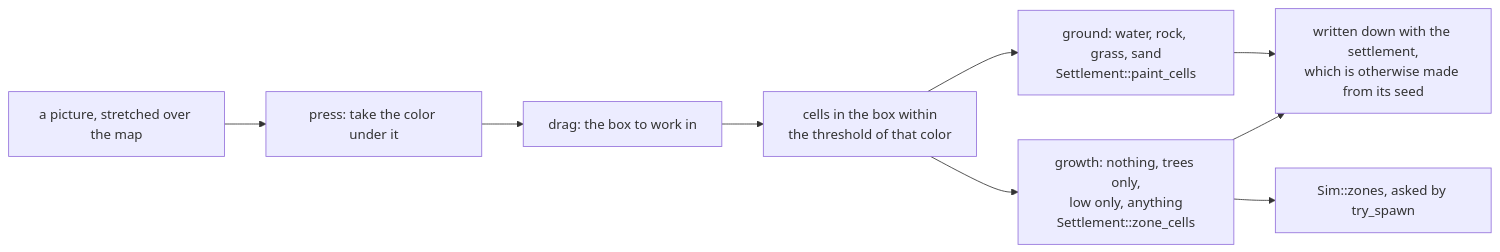
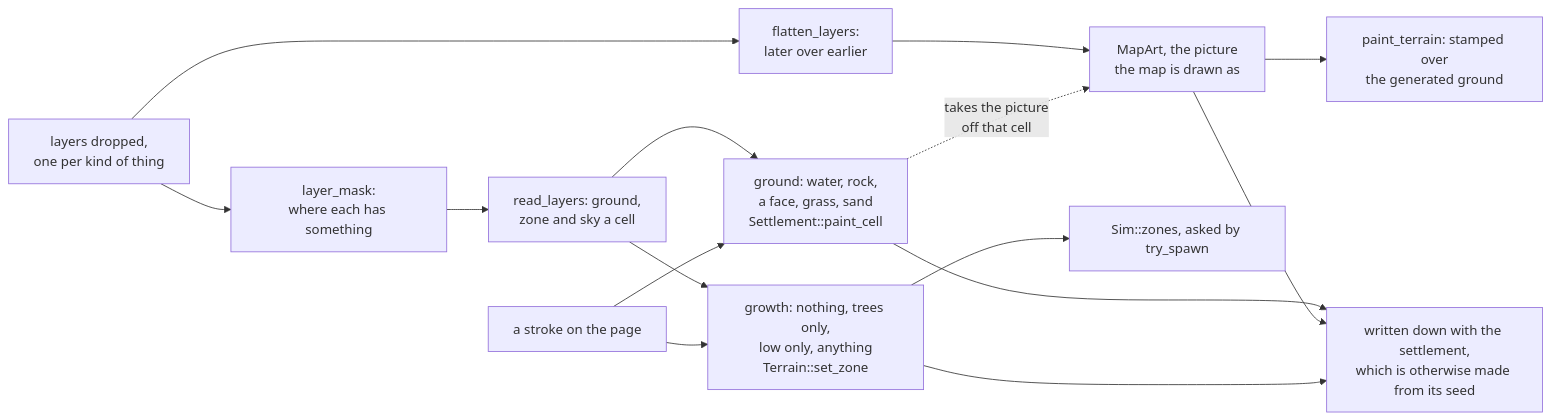
Diagram 11 of 47 in ARCHITECTURE.md (tmpk13/grow), drawn with Mermaid before and after one commit. The commit also changed other lines of this file and 9 other files, not shown here.

````diff
--- a/ARCHITECTURE.md
+++ b/ARCHITECTURE.md
@@ -684,11 +684,17 @@
 ```mermaid
 flowchart LR
-  img["a picture, stretched over the map"] --> press["press: take the color under it"]
-  press --> drag["drag: the box to work in"]
-  drag --> match["cells in the box within<br/>the threshold of that color"]
-  match --> ground["ground: water, rock, grass, sand<br/>Settlement::paint_cells"]
-  match --> zone["growth: nothing, trees only,<br/>low only, anything<br/>Settlement::zone_cells"]
+  layers["layers dropped,<br/>one per kind of thing"] --> mask["layer_mask:<br/>where each has something"]
+  layers --> flat["flatten_layers:<br/>later over earlier"]
+  mask --> read["read_layers: ground,<br/>zone and sky a cell"]
+  flat --> art["MapArt, the picture<br/>the map is drawn as"]
+  read --> ground["ground: water, rock,<br/>a face, grass, sand<br/>Settlement::paint_cell"]
+  read --> zone["growth: nothing, trees only,<br/>low only, anything<br/>Terrain::set_zone"]
+  stroke["a stroke on the page"] --> ground
+  stroke --> zone
+  ground -. "takes the picture<br/>off that cell" .-> art
+  art --> bg["paint_terrain: stamped over<br/>the generated ground"]
   ground --> save["written down with the settlement,<br/>which is otherwise made from its seed"]
+  art --> save
   zone --> sim["Sim::zones, asked by try_spawn"]
   zone --> save
 ```
````
